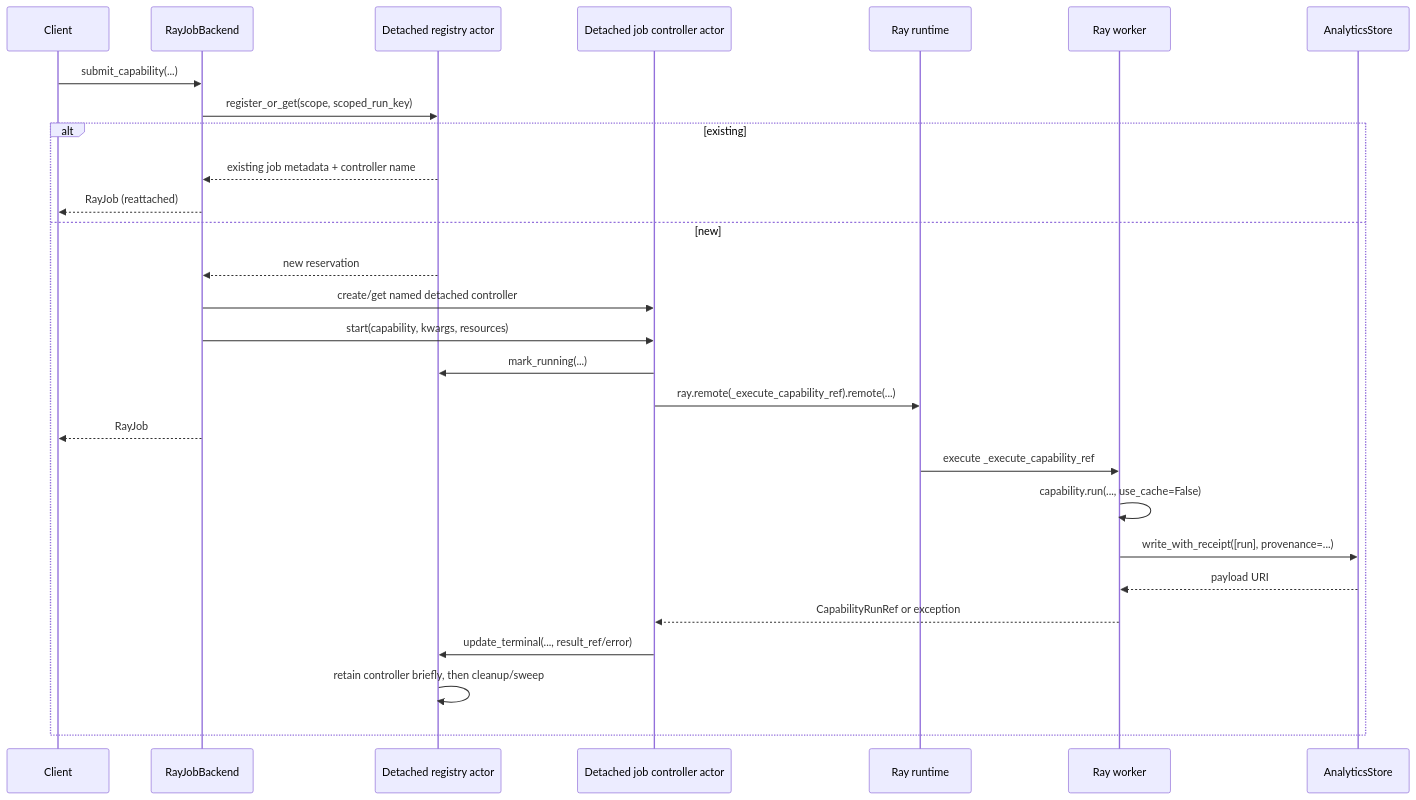
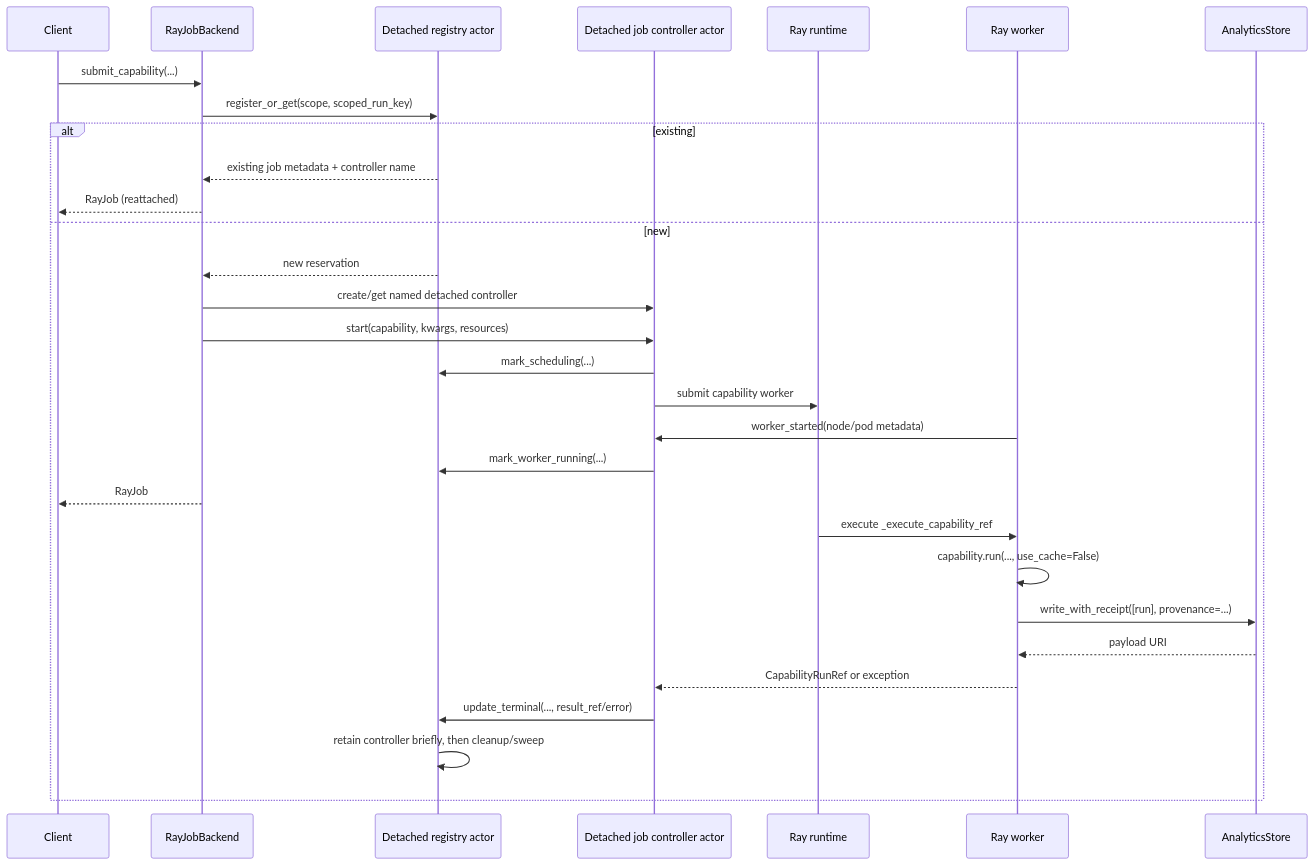
Before and after one commit to openteams-ai/checkmaite: the diagram in docs/development/job_submission/ray_job_backend.md, drawn with Mermaid. The commit also changed other lines of this file and 20 other files, not shown here.

Commit message:
Add observable and bounded Ray job scheduling

````diff
--- a/docs/development/job_submission/ray_job_backend.md
+++ b/docs/development/job_submission/ray_job_backend.md
@@ -36,31 +36,33 @@
 ```mermaid
 sequenceDiagram
     participant Client
     participant JobBackend as RayJobBackend
     participant Registry as Detached registry actor
     participant Controller as Detached job controller actor
     participant Ray as Ray runtime
     participant Worker as Ray worker
     participant Store as AnalyticsStore
 
     Client->>JobBackend: submit_capability(...)
     JobBackend->>Registry: register_or_get(scope, scoped_run_key)
     alt existing
         Registry-->>JobBackend: existing job metadata + controller name
         JobBackend-->>Client: RayJob (reattached)
     else new
         Registry-->>JobBackend: new reservation
         JobBackend->>Controller: create/get named detached controller
         JobBackend->>Controller: start(capability, kwargs, resources)
-        Controller->>Registry: mark_running(...)
-        Controller->>Ray: ray.remote(_execute_capability_ref).remote(...)
+        Controller->>Registry: mark_scheduling(...)
+        Controller->>Ray: submit capability worker
+        Worker->>Controller: worker_started(node/pod metadata)
+        Controller->>Registry: mark_worker_running(...)
         JobBackend-->>Client: RayJob
         Ray->>Worker: execute _execute_capability_ref
         Worker->>Worker: capability.run(..., use_cache=False)
         Worker->>Store: write_with_receipt([run], provenance=...)
         Store-->>Worker: payload URI
         Worker-->>Controller: CapabilityRunRef or exception
         Controller->>Registry: update_terminal(..., result_ref/error)
         Registry->>Registry: retain controller briefly, then cleanup/sweep
     end
 ```
````
